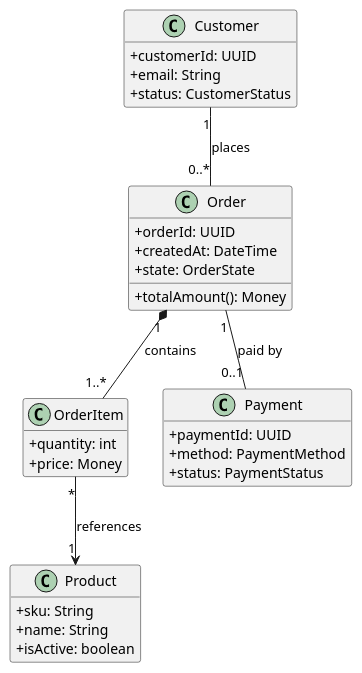
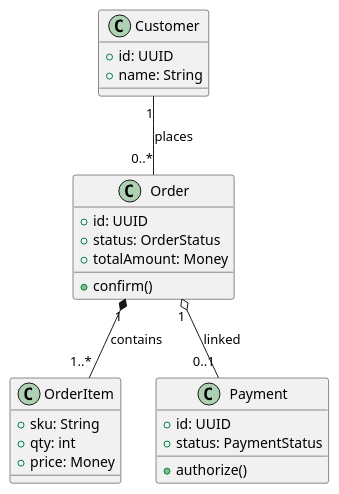
One commit to iwizy/analyst_kb changed the diagram in docs/notations/uml/class.md. Above: the diagram before and after it, drawn with PlantUML. The commit also changed other lines of this file and 20 other files, not shown here.

````diff
--- a/docs/notations/uml/class.md
+++ b/docs/notations/uml/class.md
@@ -31,41 +38,31 @@
 ```kroki-plantuml
 @startuml
-hide empty members
-skinparam classAttributeIconSize 0
-
 class Customer {
-  +customerId: UUID
-  +email: String
-  +status: CustomerStatus
+  +id: UUID
+  +name: String
 }
 
 class Order {
-  +orderId: UUID
-  +createdAt: DateTime
-  +state: OrderState
-  +totalAmount(): Money
+  +id: UUID
+  +status: OrderStatus
+  +totalAmount: Money
+  +confirm()
 }
 
 class OrderItem {
-  +quantity: int
+  +sku: String
+  +qty: int
   +price: Money
 }
 
-class Product {
-  +sku: String
-  +name: String
-  +isActive: boolean
-}
-
 class Payment {
-  +paymentId: UUID
-  +method: PaymentMethod
+  +id: UUID
   +status: PaymentStatus
+  +authorize()
 }
 
 Customer "1" -- "0..*" Order : places
 Order "1" *-- "1..*" OrderItem : contains
-OrderItem "*" --> "1" Product : references
-Order "1" -- "0..1" Payment : paid by
+Order "1" o-- "0..1" Payment : linked
 @enduml
 ```
````
